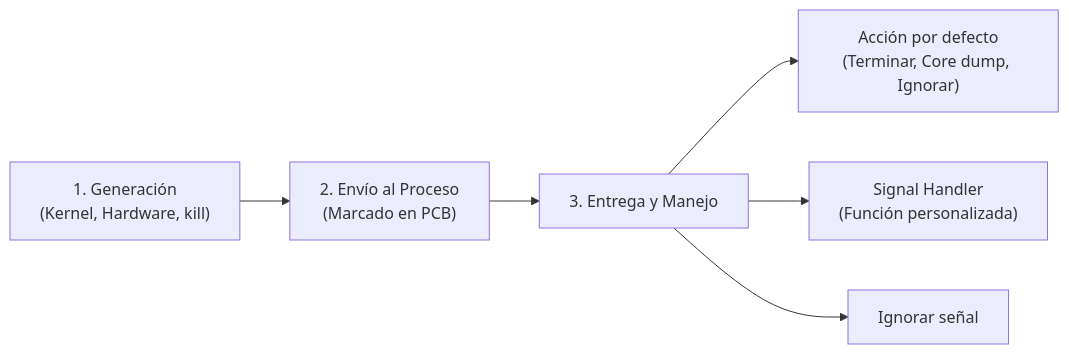
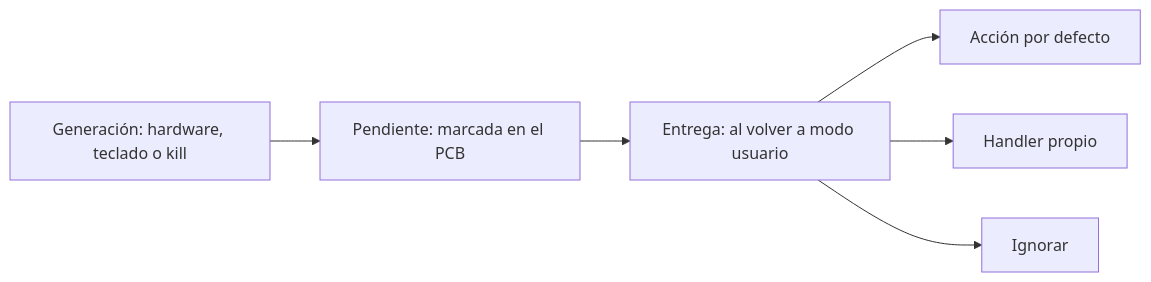
The diagram in Sistemas Operativos y Redes/04-Señales e IPC/01 - Concepto de señal y ciclo de vida de señales POSIX.md (EstebanKiito/my-brain), drawn with Mermaid before and after one commit. The commit also changed other lines of this file and 1 other file, not shown here.

Commit message:
reescribe: 01 - Concepto de señal y ciclo de vida de señales POSIX

````diff
--- a/Sistemas Operativos y Redes/04-Señales e IPC/01 - Concepto de señal y ciclo de vida de señales POSIX.md
+++ b/Sistemas Operativos y Redes/04-Señales e IPC/01 - Concepto de señal y ciclo de vida de señales POSIX.md
@@ -19,8 +33,8 @@
 ```mermaid
 flowchart LR
-    Generacion["1. Generación<br/>(Kernel, Hardware, kill)"] --> Envio["2. Envío al Proceso<br/>(Marcado en PCB)"]
-    Envio --> Entrega["3. Entrega y Manejo"]
-    Entrega --> AccionDefecto["Acción por defecto<br/>(Terminar, Core dump, Ignorar)"]
-    Entrega --> Handler["Signal Handler<br/>(Función personalizada)"]
-    Entrega --> Ignorar["Ignorar señal"]
+  G["Generación: hardware, teclado o kill"] --> P["Pendiente: marcada en el PCB"]
+  P --> E["Entrega: al volver a modo usuario"]
+  E --> D["Acción por defecto"]
+  E --> H["Handler propio"]
+  E --> I["Ignorar"]
 ```
````
